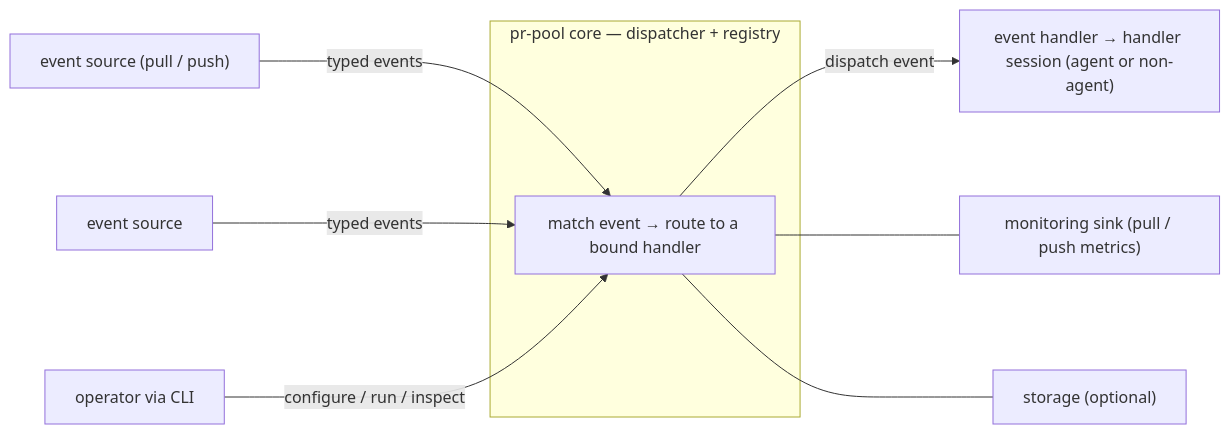
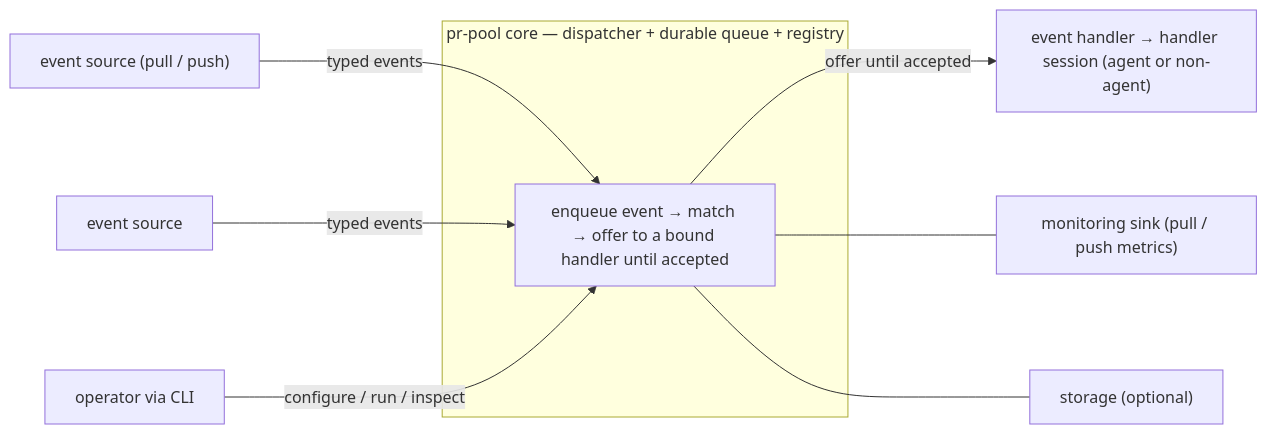
One commit to phillipgreenii/nix-agent-support changed the diagram in packages/pr-pool/docs/behavior/README.md. Above: the diagram before and after it, drawn with Mermaid. The commit also changed other lines of this file and 6 other files, not shown here.

First line of the commit message:
pr-pool: durable ordered de-duped TTL event queue (Cluster 2 of pg2-hvlyj)

````diff
--- a/packages/pr-pool/docs/behavior/README.md
+++ b/packages/pr-pool/docs/behavior/README.md
@@ -15,12 +15,12 @@
 ```mermaid
 flowchart LR
     SRCa["event source (pull / push)"] -->|typed events| core
     SRCb["event source"] -->|typed events| core
-    subgraph prpool["pr-pool core — dispatcher + registry"]
-      core["match event → route to a bound handler"]
+    subgraph prpool["pr-pool core — dispatcher + durable queue + registry"]
+      core["enqueue event → match → offer to a bound handler until accepted"]
     end
-    core -->|dispatch event| HDL["event handler → handler session (agent or non-agent)"]
+    core -->|offer until accepted| HDL["event handler → handler session (agent or non-agent)"]
     core --- MON["monitoring sink (pull / push metrics)"]
     core --- STO["storage (optional)"]
     OP["operator via CLI"] -->|configure / run / inspect| core
 ```
````
